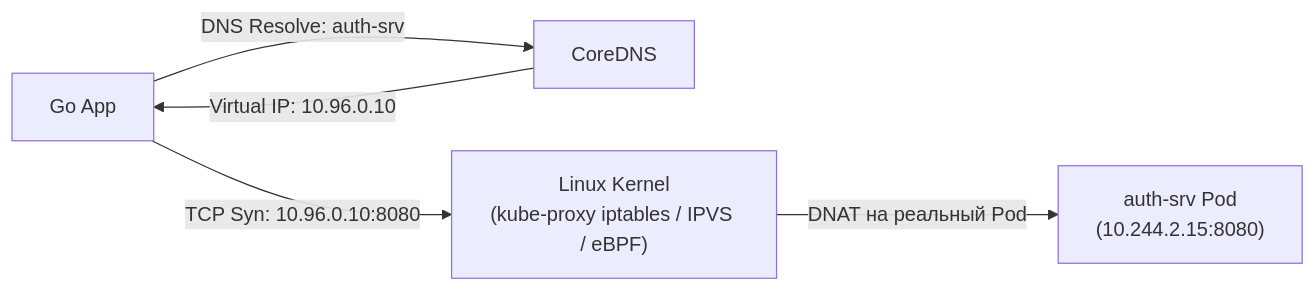
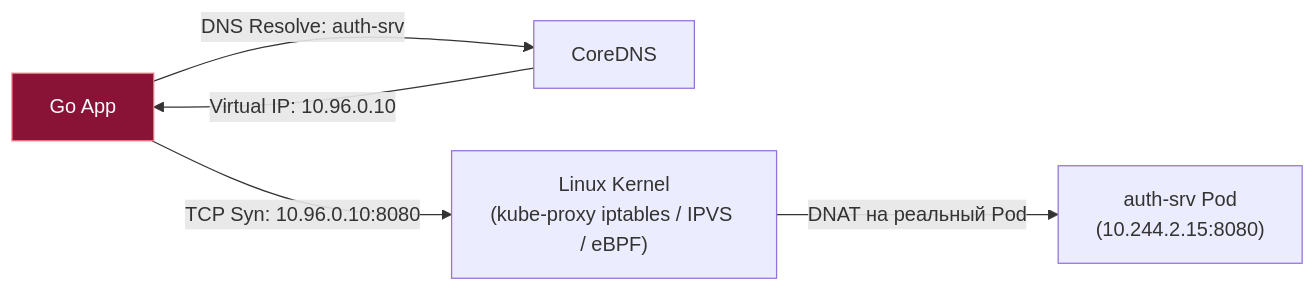
The third of 3 diagrams in sources/14. Распределенные системы на Go/04. Микросервисы/8. Service discovery.md (UnrealTemplier/go-textbook), drawn with Mermaid before and after one commit. The commit also changed other lines of this file and 1666 other files, not shown here.

First line of the commit message:
feat(mermaid): add semantic color classDef to 1369 colorless flowchart/graph diagrams

````diff
--- a/sources/14. Распределенные системы на Go/04. Микросервисы/8. Service discovery.md
+++ b/sources/14. Распределенные системы на Go/04. Микросервисы/8. Service discovery.md
@@ -84,7 +104,17 @@
 ```mermaid
 flowchart LR
-    Client["Go App"] -->|"DNS Resolve: auth-srv"| DNS["CoreDNS"]
+    classDef process  fill:#1e293b,stroke:#38bdf8,stroke-width:1px,color:#f8fafc
+    classDef success  fill:#064e3b,stroke:#34d399,stroke-width:1px,color:#f8fafc
+    classDef error    fill:#7f1d1d,stroke:#f87171,stroke-width:1px,color:#f8fafc
+    classDef warning  fill:#78350f,stroke:#fbbf24,stroke-width:1px,color:#f8fafc
+    classDef entry    fill:#1e3a5f,stroke:#38bdf8,stroke-width:2px,color:#f8fafc
+    classDef aux      fill:#334155,stroke:#64748b,stroke-width:1px,color:#f8fafc
+    classDef system   fill:#312e81,stroke:#a78bfa,stroke-width:1px,color:#f8fafc
+    classDef data     fill:#132d29,stroke:#2dd4bf,stroke-width:1px,color:#f8fafc
+    classDef network  fill:#881337,stroke:#fb7185,stroke-width:1px,color:#f8fafc
+    classDef accent   fill:#1e1b4b,stroke:#818cf8,stroke-width:1px,color:#f8fafc
+    Client["Go App"]:::network -->|"DNS Resolve: auth-srv"| DNS["CoreDNS"]
     DNS -->|"Virtual IP: 10.96.0.10"| Client
     Client -->|"TCP Syn: 10.96.0.10:8080"| KP["Linux Kernel<br/>(kube-proxy iptables / IPVS / eBPF)"]
     KP -->|"DNAT на реальный Pod"| RealPod["auth-srv Pod<br/>(10.244.2.15:8080)"]
 ```
````
